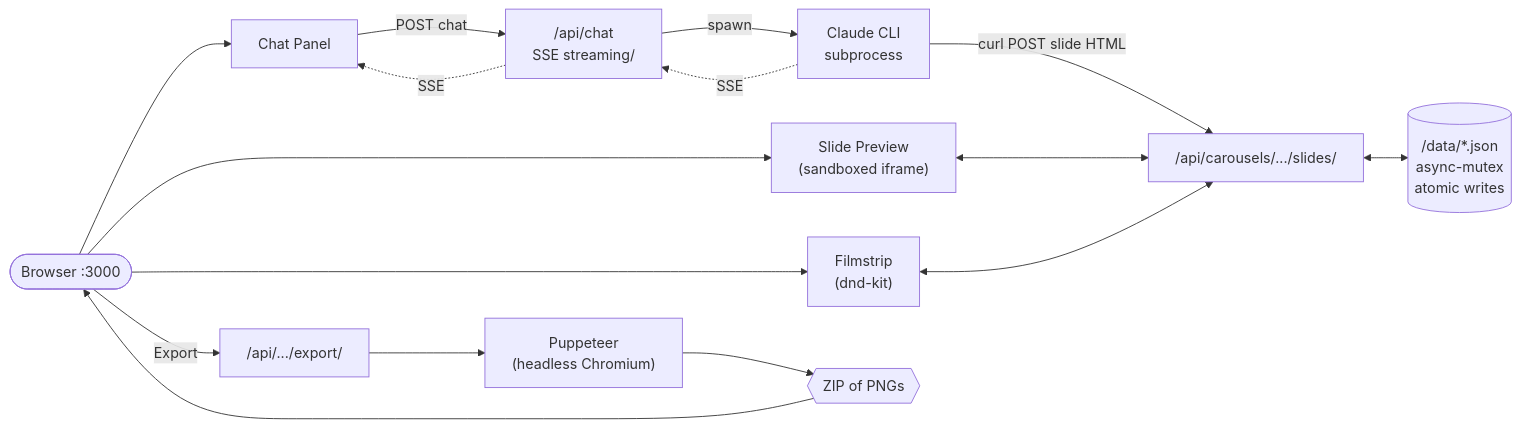
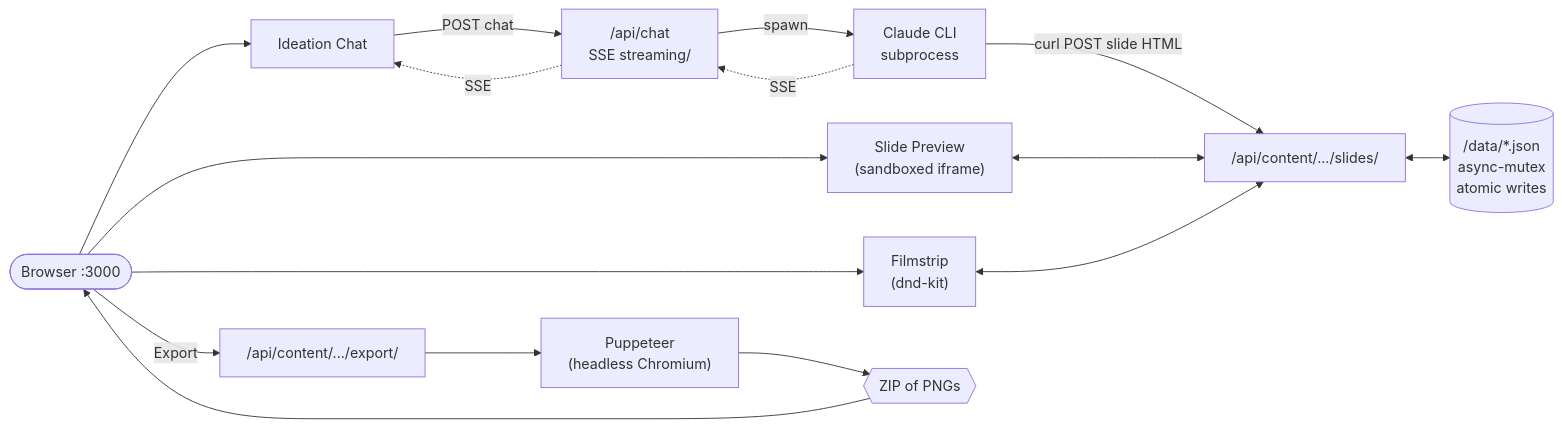
One commit to farena/open-social changed the diagram in README.md. Above: the diagram before and after it, drawn with Mermaid. The commit also changed other lines of this file and 1 other file, not shown here.

````diff
--- a/README.md
+++ b/README.md
@@ -187,28 +176,28 @@
 ```mermaid
 flowchart LR
   U(["Browser :3000"])
-  C["Chat Panel"]
+  C["Ideation Chat"]
   P["Slide Preview<br/>(sandboxed iframe)"]
   F["Filmstrip<br/>(dnd-kit)"]
   API["/api/chat<br/>SSE streaming/"]
   CCLI["Claude CLI<br/>subprocess"]
-  SLIDES["/api/carousels/.../slides/"]
+  SLIDES["/api/content/.../slides/"]
   DATA[("/data/*.json<br/>async-mutex<br/>atomic writes")]
-  EXP["/api/.../export/"]
+  EXP["/api/content/.../export/"]
   PUP["Puppeteer<br/>(headless Chromium)"]
   ZIP{{"ZIP of PNGs"}}
 
   U --> C & P & F
   C -- "POST chat" --> API
   API -- "spawn" --> CCLI
   CCLI -. "SSE" .-> API
   API -. "SSE" .-> C
   CCLI -- "curl POST slide HTML" --> SLIDES
   SLIDES <--> DATA
   P <--> SLIDES
   F <--> SLIDES
   U -- "Export" --> EXP
   EXP --> PUP
   PUP --> ZIP
   ZIP --> U
 ```
````
